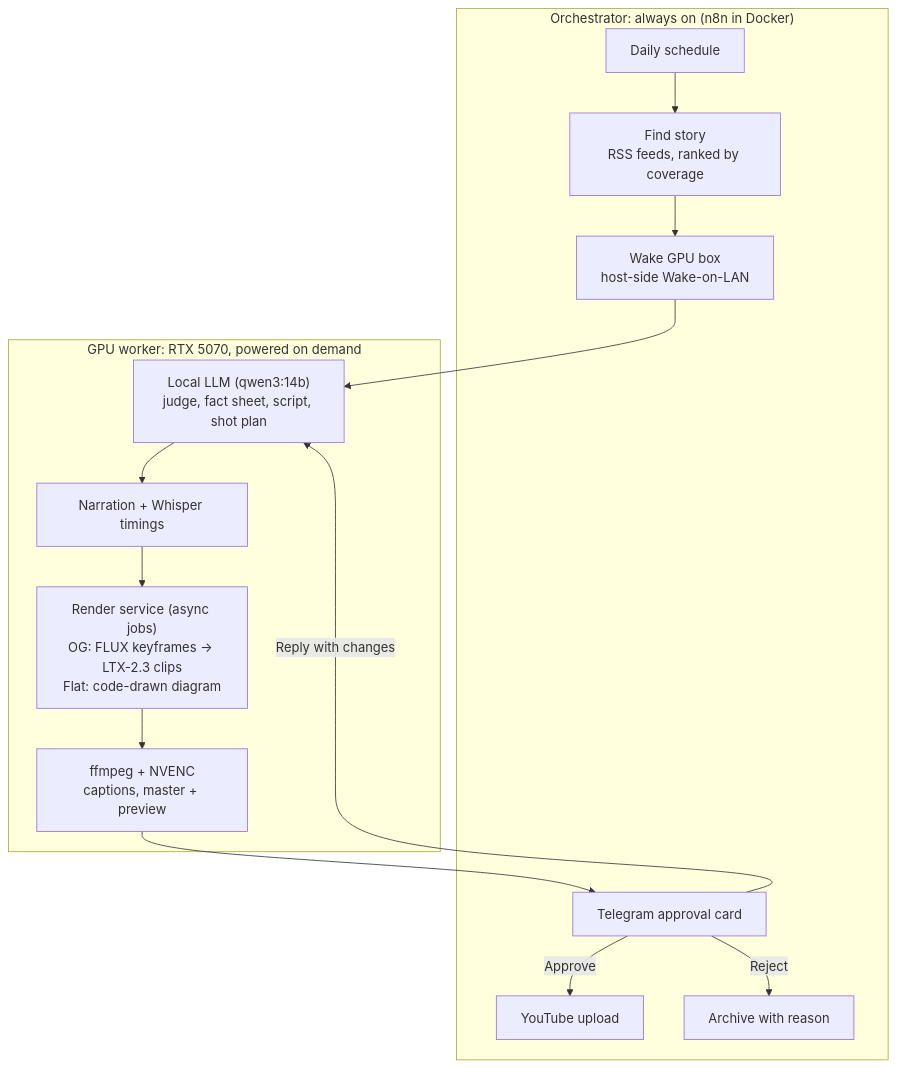
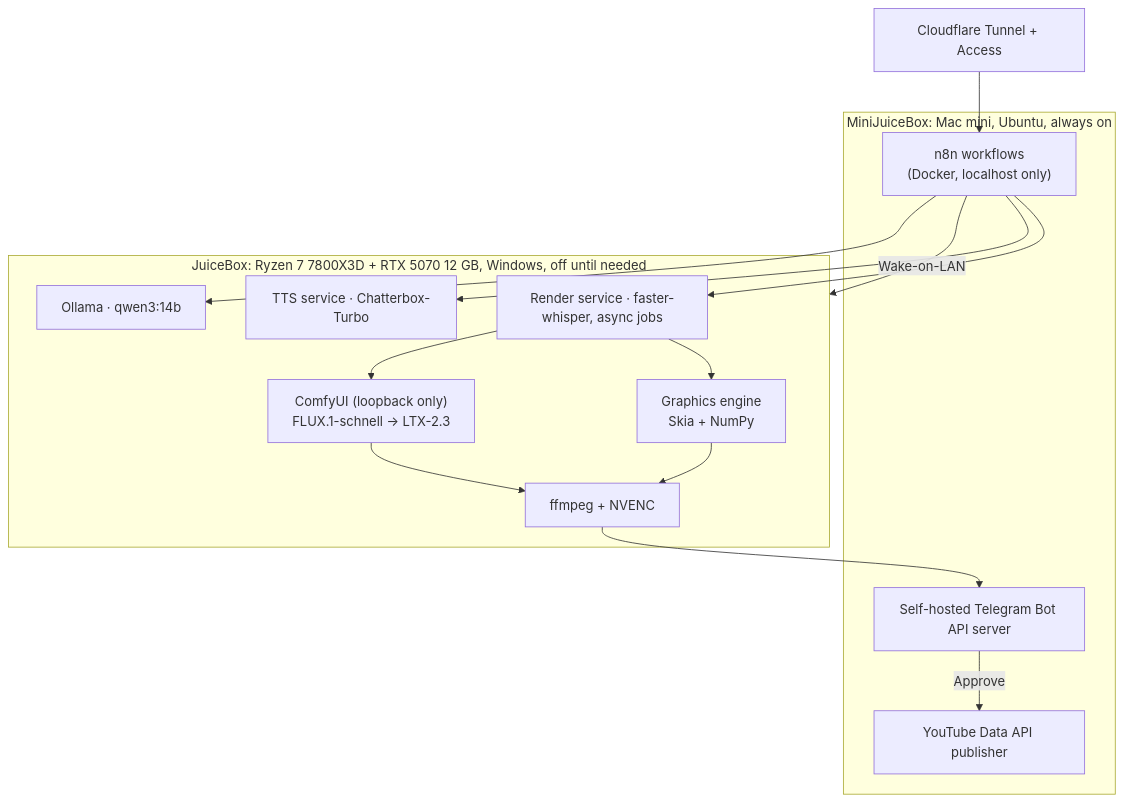
Before and after one commit to yossefhabib/JuiceBot-AI: the first of 2 diagrams in README.md, drawn with Mermaid. The commit also changed other lines of this file, not shown here.

````diff
--- a/README.md
+++ b/README.md
@@ -33,20 +41,25 @@
 ```mermaid
 flowchart TB
-    subgraph M["Orchestrator: always on (n8n in Docker)"]
-        S["Daily schedule"] --> FS["Find story<br>RSS feeds, ranked by coverage"]
-        FS --> W["Wake GPU box<br>host-side Wake-on-LAN"]
-        TG["Telegram approval card"]
-        YT["YouTube upload"]
-        X["Archive with reason"]
+    subgraph M["MiniJuiceBox: Mac mini, Ubuntu, always on"]
+        N["n8n workflows<br>(Docker, localhost only)"]
+        TG["Self-hosted Telegram Bot API server"]
+        YT["YouTube Data API publisher"]
     end
-    subgraph J["GPU worker: RTX 5070, powered on demand"]
-        L["Local LLM (qwen3:14b)<br>judge, fact sheet, script, shot plan"]
-        V["Narration + Whisper timings"]
-        R["Render service (async jobs)<br>OG: FLUX keyframes → LTX-2.3 clips<br>Flat: code-drawn diagram"]
-        A["ffmpeg + NVENC<br>captions, master + preview"]
+    subgraph J["JuiceBox: Ryzen 7 7800X3D + RTX 5070 12 GB, Windows, off until needed"]
+        L["Ollama · qwen3:14b"]
+        T["TTS service · Chatterbox-Turbo"]
+        R["Render service · faster-whisper, async jobs"]
+        C["ComfyUI (loopback only)<br>FLUX.1-schnell → LTX-2.3"]
+        G["Graphics engine<br>Skia + NumPy"]
+        F["ffmpeg + NVENC"]
     end
-    W --> L --> V --> R --> A --> TG
-    TG -->|"Approve"| YT
-    TG -->|"Reject"| X
-    TG -->|"Reply with changes"| L
+    CF["Cloudflare Tunnel + Access"] --> N
+    N -->|Wake-on-LAN| J
+    N --> L
+    N --> T
+    N --> R
+    R --> C --> F
+    R --> G --> F
+    F --> TG
+    TG -->|Approve| YT
 ```
````
